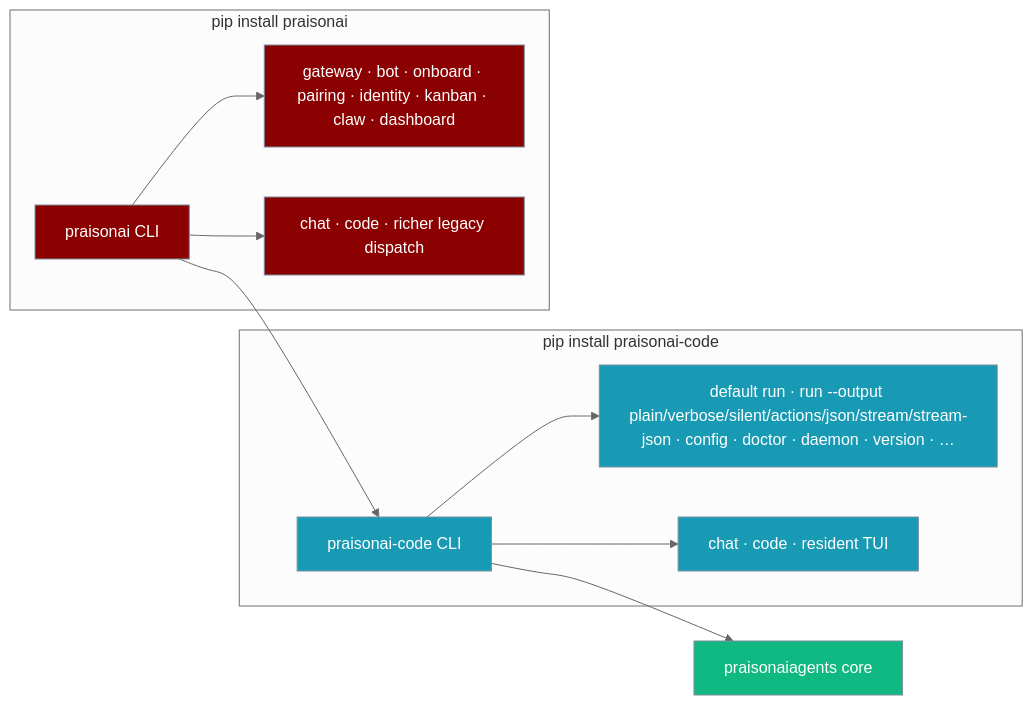
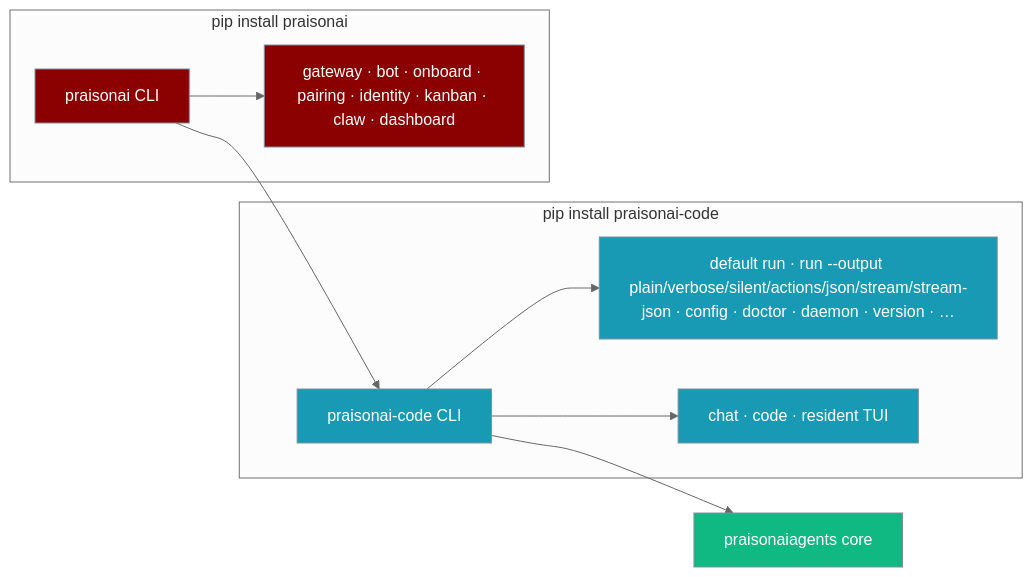
The first of 5 diagrams in docs/features/praisonai-code-cli.mdx (MervinPraison/PraisonAIDocs), drawn with Mermaid (neutral theme) before and after one commit. The commit also changed other lines of this file and 5 other files, not shown here.

First line of the commit message:
docs: chat/code now run standalone in praisonai-code (PR #3818) (fixes #2825)

````diff
--- a/docs/features/praisonai-code-cli.mdx
+++ b/docs/features/praisonai-code-cli.mdx
@@ -33,20 +33,19 @@
 ```mermaid
 graph LR
     subgraph pip_code["pip install praisonai-code"]
         A[praisonai-code CLI] --> A1[default run · run --output plain/verbose/silent/actions/json/stream/stream-json · config · doctor · daemon · version · …]
         A --> A2[chat · code · resident TUI]
     end
     subgraph pip_wrapper["pip install praisonai"]
         B[praisonai CLI] --> B1[gateway · bot · onboard · pairing · identity · kanban · claw · dashboard]
-        B --> B2[chat · code · richer legacy dispatch]
         B --> A
     end
     A --> C[praisonaiagents core]
 
     classDef code fill:#189AB4,stroke:#7C90A0,color:#fff
     classDef wrapper fill:#8B0000,stroke:#7C90A0,color:#fff
     classDef core fill:#10B981,stroke:#7C90A0,color:#fff
     class A,A1,A2 code
-    class B,B1,B2 wrapper
+    class B,B1 wrapper
     class C core
 ```
````
